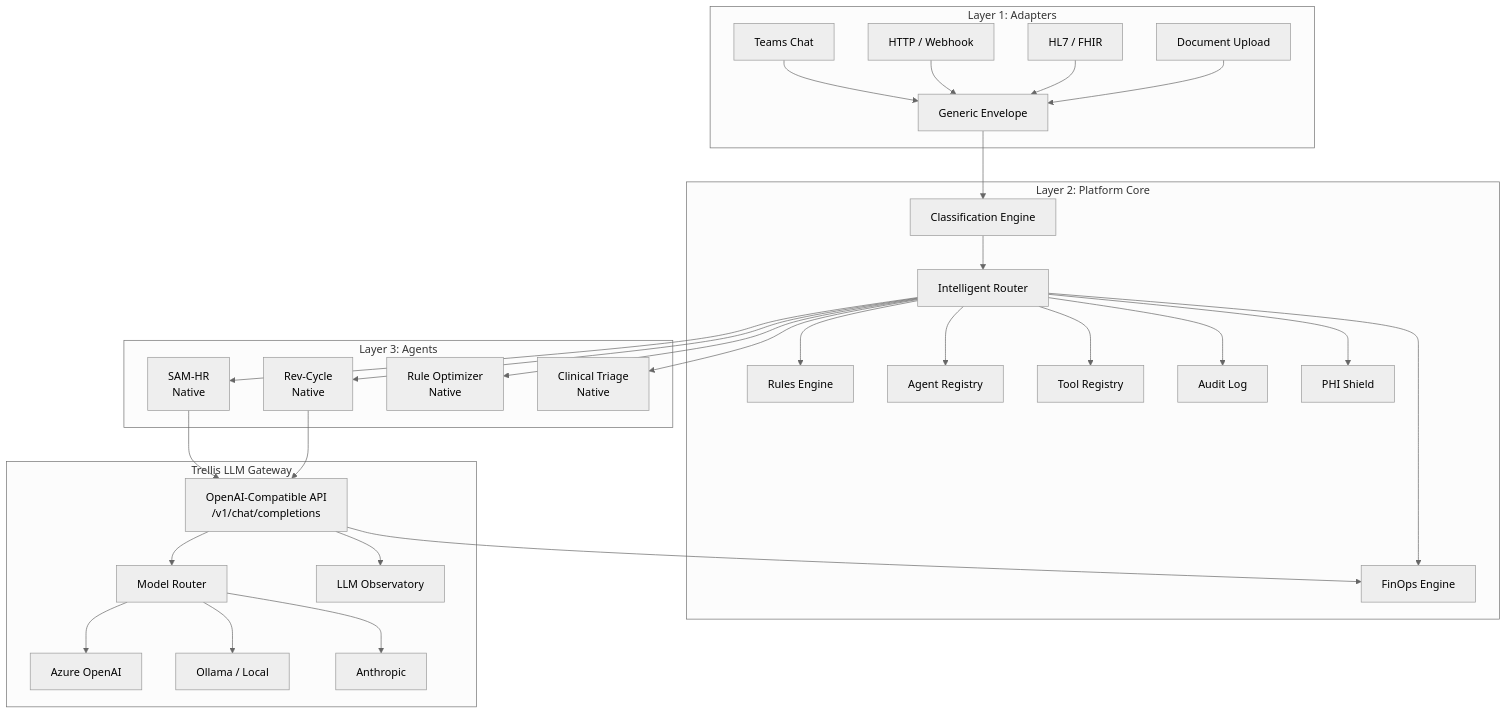
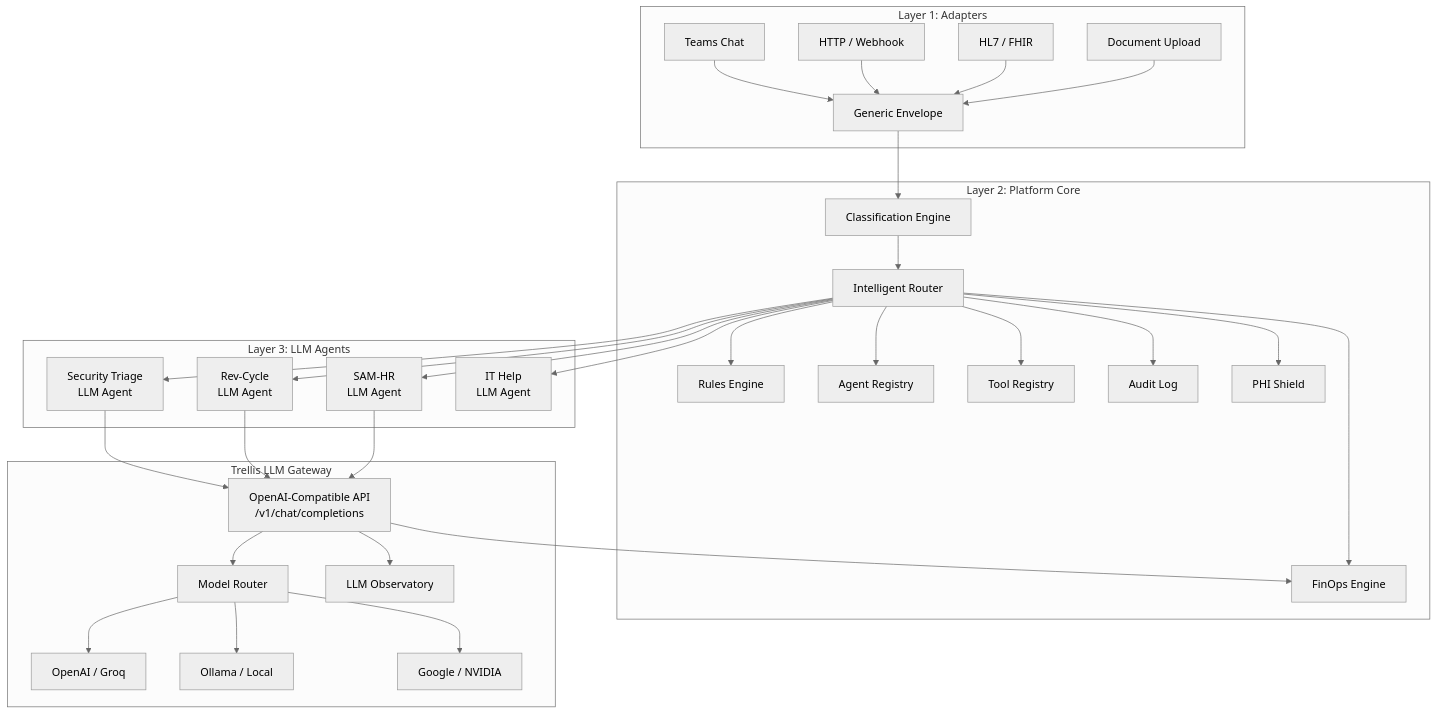
The diagram in README.md (kraftwerkur/trellis), drawn with Mermaid (neutral theme) before and after one commit. The commit also changed other lines of this file and 1 other file, not shown here.

````diff
--- a/README.md
+++ b/README.md
@@ -28,38 +28,39 @@
 ```mermaid
 graph TD
     subgraph "Layer 1: Adapters"
         A1[Teams Chat] --> ENV[Generic Envelope]
         A2[HTTP / Webhook] --> ENV
         A3[HL7 / FHIR] --> ENV
         A4[Document Upload] --> ENV
     end
 
     subgraph "Layer 2: Platform Core"
         ENV --> CL[Classification Engine]
         CL --> IR[Intelligent Router]
         IR --> RE[Rules Engine]
         IR --> AR[Agent Registry]
         IR --> TR[Tool Registry]
         IR --> AU[Audit Log]
         IR --> FE[FinOps Engine]
         IR --> PS[PHI Shield]
     end
 
-    subgraph "Layer 3: Agents"
-        IR --> S[SAM-HR<br/>Native]
-        IR --> RC[Rev-Cycle<br/>Native]
-        IR --> RO[Rule Optimizer<br/>Native]
-        IR --> CT[Clinical Triage<br/>Native]
+    subgraph "Layer 3: LLM Agents"
+        IR --> S[Security Triage<br/>LLM Agent]
+        IR --> RC[Rev-Cycle<br/>LLM Agent]
+        IR --> HR[SAM-HR<br/>LLM Agent]
+        IR --> IT[IT Help<br/>LLM Agent]
     end
 
     subgraph "Trellis LLM Gateway"
         S --> GW[OpenAI-Compatible API<br/>/v1/chat/completions]
         RC --> GW
+        HR --> GW
         GW --> MR[Model Router]
-        MR --> LLM1[Azure OpenAI]
+        MR --> LLM1[OpenAI / Groq]
         MR --> LLM2[Ollama / Local]
-        MR --> LLM3[Anthropic]
+        MR --> LLM3[Google / NVIDIA]
         GW --> OB[LLM Observatory]
         GW --> FE
     end
 ```
````
